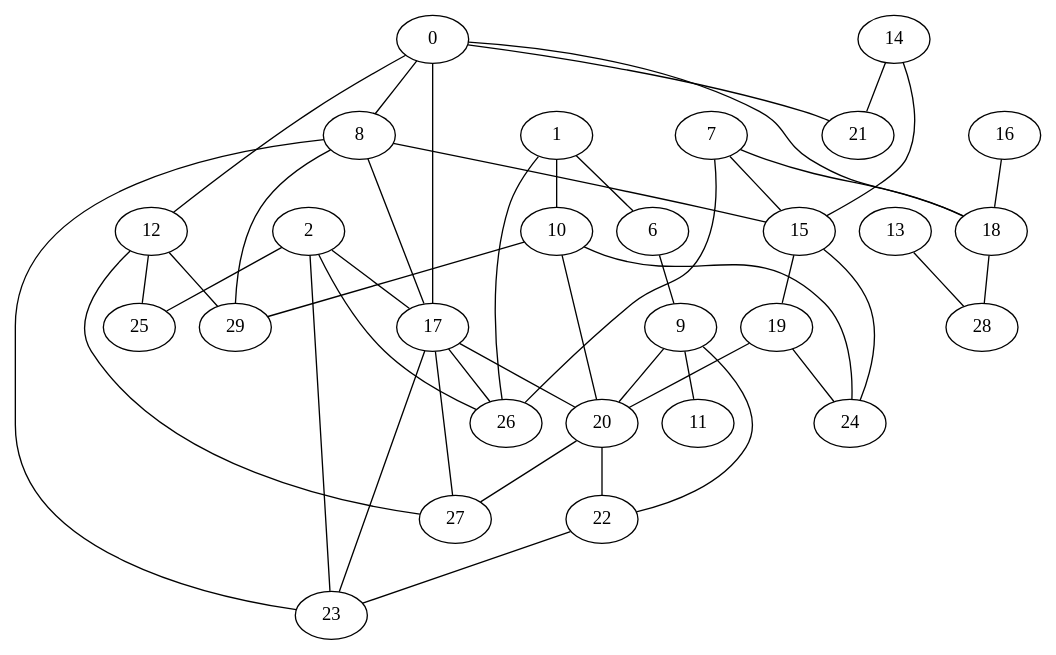
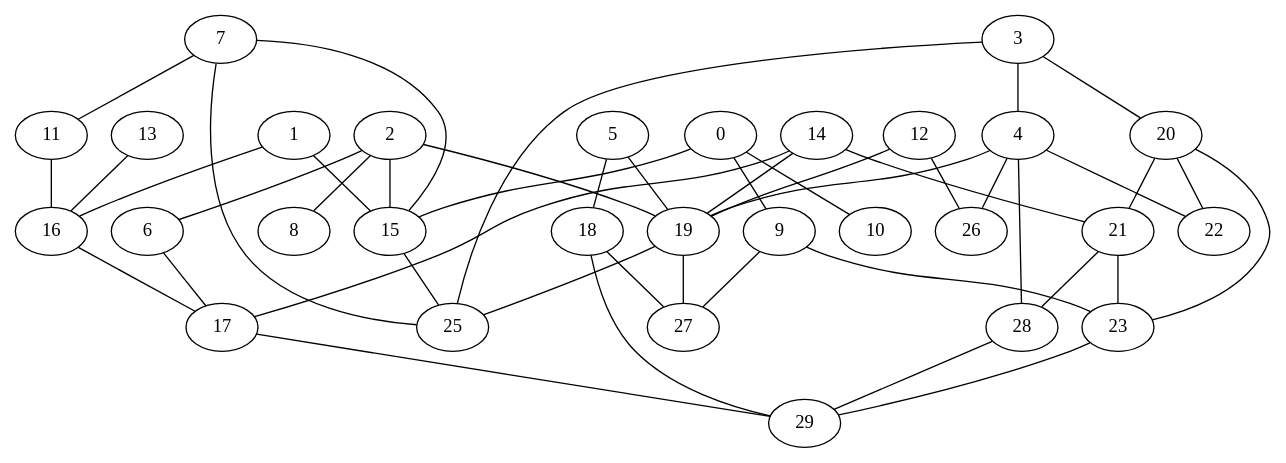
One commit to amorac4/DAA24 changed the diagram in Erdös-Rényi_generado.gv. Above: the diagram before and after it, drawn with Graphviz. The commit also changed 11 other files, not shown here.

```diff
--- a/Erdös-Rényi_generado.gv
+++ b/Erdös-Rényi_generado.gv
@@ -1,47 +1,47 @@
 graph G {
-    "6" -- "9";
-    "22" -- "23";
-    "8" -- "23";
-    "12" -- "27";
-    "1" -- "26";
-    "9" -- "22";
-    "17" -- "20";
-    "1" -- "6";
-    "15" -- "19";
-    "2" -- "26";
-    "0" -- "21";
+    "11" -- "16";
+    "14" -- "17";
+    "3" -- "25";
+    "28" -- "29";
+    "17" -- "29";
+    "21" -- "28";
+    "2" -- "8";
+    "1" -- "15";
+    "7" -- "25";
+    "5" -- "19";
+    "4" -- "22";
+    "0" -- "10";
+    "7" -- "11";
+    "6" -- "17";
+    "16" -- "17";
+    "2" -- "19";
     "7" -- "15";
-    "0" -- "17";
-    "2" -- "23";
-    "9" -- "11";
-    "8" -- "29";
-    "17" -- "23";
-    "1" -- "10";
-    "16" -- "18";
-    "8" -- "15";
-    "20" -- "27";
+    "0" -- "15";
+    "4" -- "19";
+    "20" -- "21";
+    "0" -- "9";
+    "1" -- "16";
+    "3" -- "20";
+    "5" -- "18";
+    "13" -- "16";
+    "18" -- "27";
+    "19" -- "25";
+    "2" -- "6";
+    "4" -- "28";
     "20" -- "22";
-    "9" -- "20";
-    "12" -- "25";
-    "0" -- "18";
-    "7" -- "18";
-    "0" -- "12";
-    "19" -- "24";
-    "10" -- "24";
-    "13" -- "28";
-    "14" -- "15";
-    "18" -- "28";
-    "12" -- "29";
-    "8" -- "17";
-    "0" -- "8";
-    "19" -- "20";
-    "17" -- "27";
-    "2" -- "17";
-    "15" -- "24";
-    "7" -- "26";
-    "10" -- "20";
+    "15" -- "25";
+    "14" -- "19";
+    "23" -- "29";
+    "21" -- "23";
+    "20" -- "23";
+    "9" -- "27";
+    "12" -- "26";
+    "19" -- "27";
+    "12" -- "19";
+    "9" -- "23";
+    "4" -- "26";
+    "18" -- "29";
     "14" -- "21";
-    "2" -- "25";
-    "17" -- "26";
-    "10" -- "29";
+    "2" -- "15";
+    "3" -- "4";
 }
```
